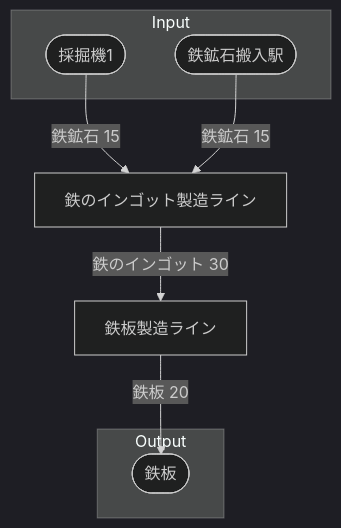
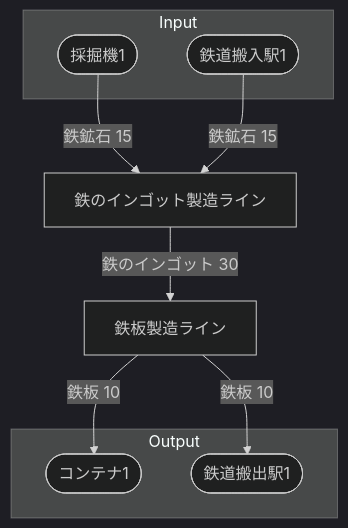
One commit to Suzuran-Amano/SatisfactoryTaskEfficiency changed the diagram in 40_FactoryBuilding/20_工場設計テンプレート/30‗全体製造ライン設計書/全体製造ライン設計書.md. Above: the diagram before and after it, drawn with Mermaid (dark theme). The commit also changed other lines of this file and 5 other files, not shown here.

````diff
--- a/40_FactoryBuilding/20_工場設計テンプレート/30‗全体製造ライン設計書/全体製造ライン設計書.md
+++ b/40_FactoryBuilding/20_工場設計テンプレート/30‗全体製造ライン設計書/全体製造ライン設計書.md
@@ -24,23 +24,25 @@
 ```mermaid
 flowchart TD
 
 subgraph Input
     採掘機1([採掘機1])
-    鉄鉱石搬入駅([鉄鉱石搬入駅])
+    鉄道搬入駅1([鉄道搬入駅1])
 end
 
 鉄のインゴット製造ライン[鉄のインゴット製造ライン]
 鉄板製造ライン[鉄板製造ライン]
 
 subgraph Output
-    鉄板([鉄板])
+    コンテナ1([コンテナ1])
+    鉄道搬出駅1([鉄道搬出駅1])
 end
 
 
 採掘機1-->|鉄鉱石 15|鉄のインゴット製造ライン
-鉄鉱石搬入駅-->|鉄鉱石 15|鉄のインゴット製造ライン
+鉄道搬入駅1-->|鉄鉱石 15|鉄のインゴット製造ライン
 鉄のインゴット製造ライン-->|鉄のインゴット 30|鉄板製造ライン
-鉄板製造ライン-->|鉄板 20|鉄板
+鉄板製造ライン-->|鉄板 10|コンテナ1
+鉄板製造ライン-->|鉄板 10|鉄道搬出駅1
 
 
 ```
````
